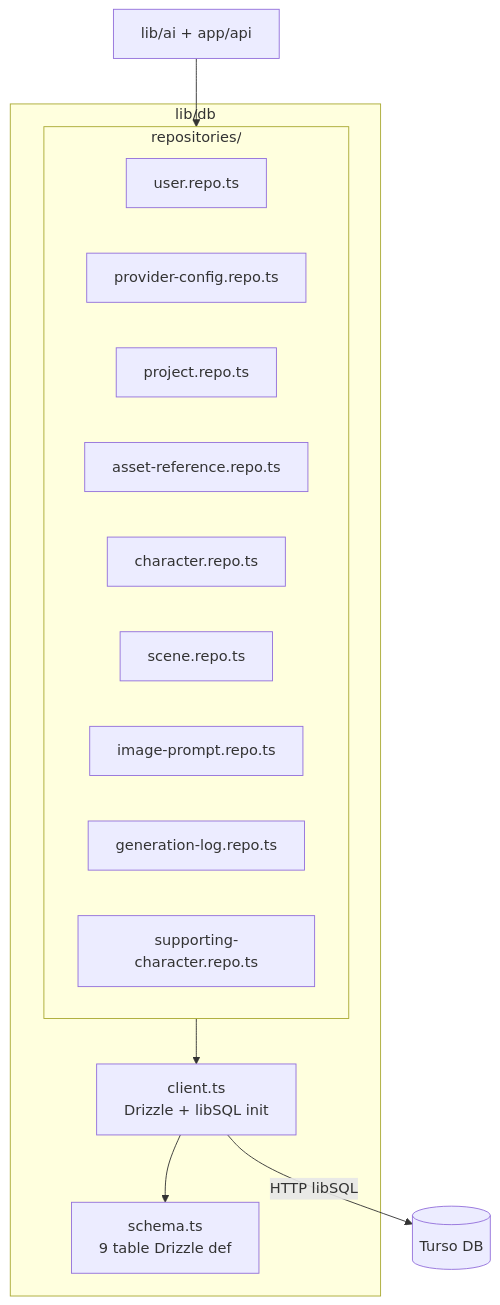
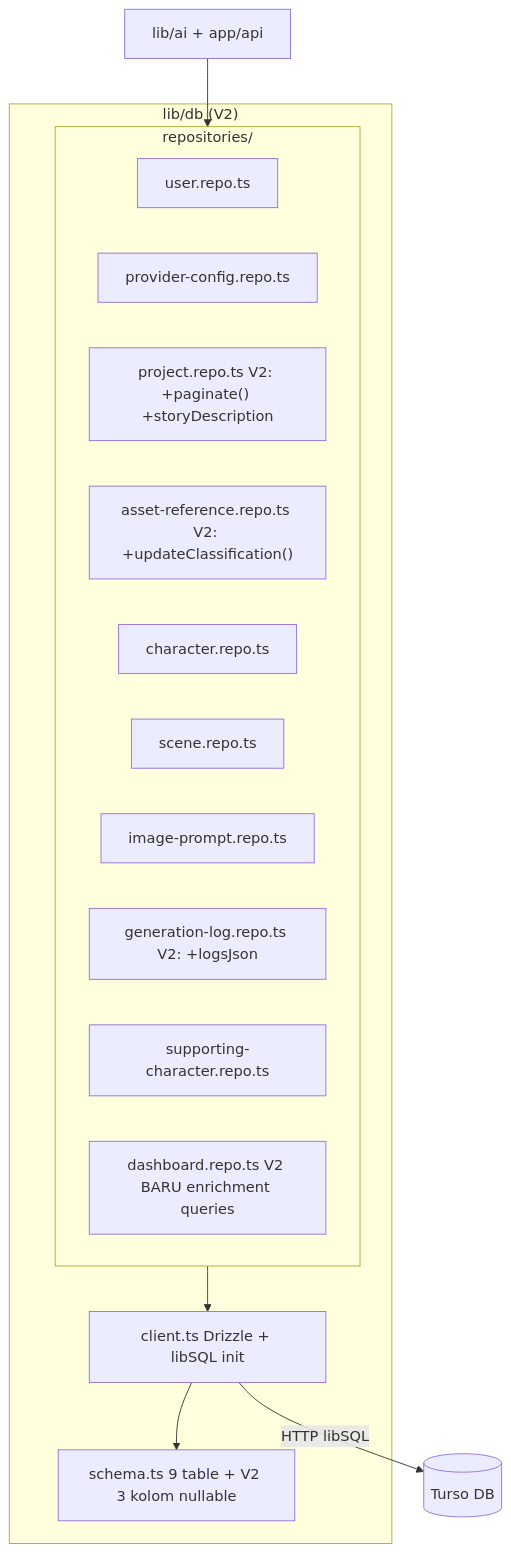
Before and after one commit to agrianwahab29/agrinode-promptflow: the fourth of 7 diagrams in product-docs/PROJECT_ARCHITECTURE.md, drawn with Mermaid. The commit also changed other lines of this file and 80 other files, not shown here.

````diff
--- a/product-docs/PROJECT_ARCHITECTURE.md
+++ b/product-docs/PROJECT_ARCHITECTURE.md
@@ -217,26 +235,27 @@
 ```mermaid
 flowchart TB
-    subgraph LibDB["lib/db"]
-        Client["client.ts<br/>Drizzle + libSQL init"]
-        Schema["schema.ts<br/>9 table Drizzle def"]
+    subgraph LibDB["lib/db (V2)"]
+        Client["client.ts Drizzle + libSQL init"]
+        Schema["schema.ts 9 table + V2 3 kolom nullable"]
         subgraph Repos["repositories/"]
             UserRepo["user.repo.ts"]
             ProviderRepo["provider-config.repo.ts"]
-            ProjectRepo["project.repo.ts"]
-            AssetRepo["asset-reference.repo.ts"]
+            ProjectRepo["project.repo.ts V2: +paginate() +storyDescription"]
+            AssetRepo["asset-reference.repo.ts V2: +updateClassification()"]
             CharacterRepo["character.repo.ts"]
             SceneRepo["scene.repo.ts"]
             ImagePromptRepo["image-prompt.repo.ts"]
-            GenLogRepo["generation-log.repo.ts"]
+            GenLogRepo["generation-log.repo.ts V2: +logsJson"]
             SuppCharRepo["supporting-character.repo.ts"]
+            DashRepo["dashboard.repo.ts V2 BARU enrichment queries"]
         end
     end
 
     Turso[("Turso DB")]
     API["lib/ai + app/api"]
 
     API --> Repos
     Repos --> Client
     Client --> Schema
     Client -->|HTTP libSQL| Turso
 ```
````
